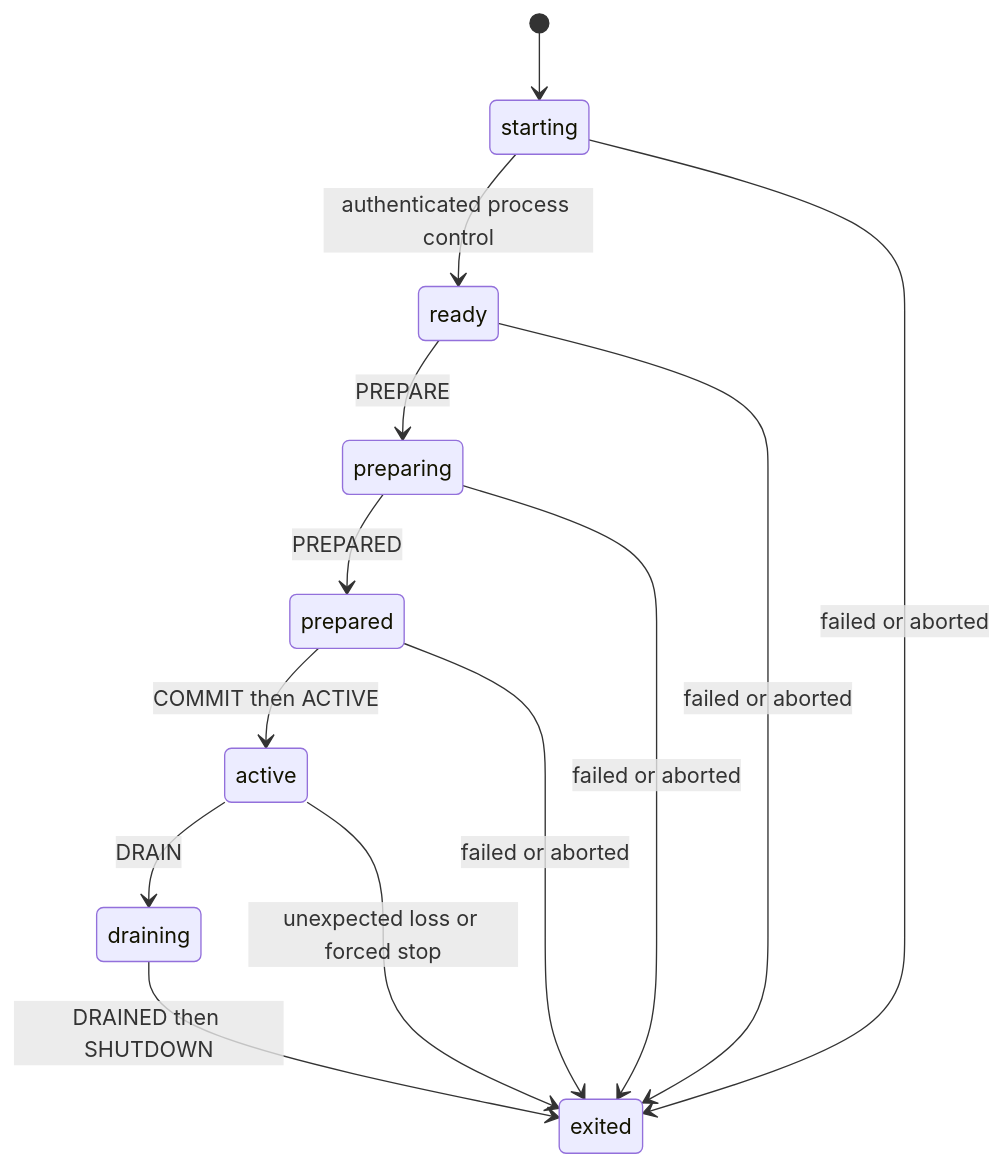
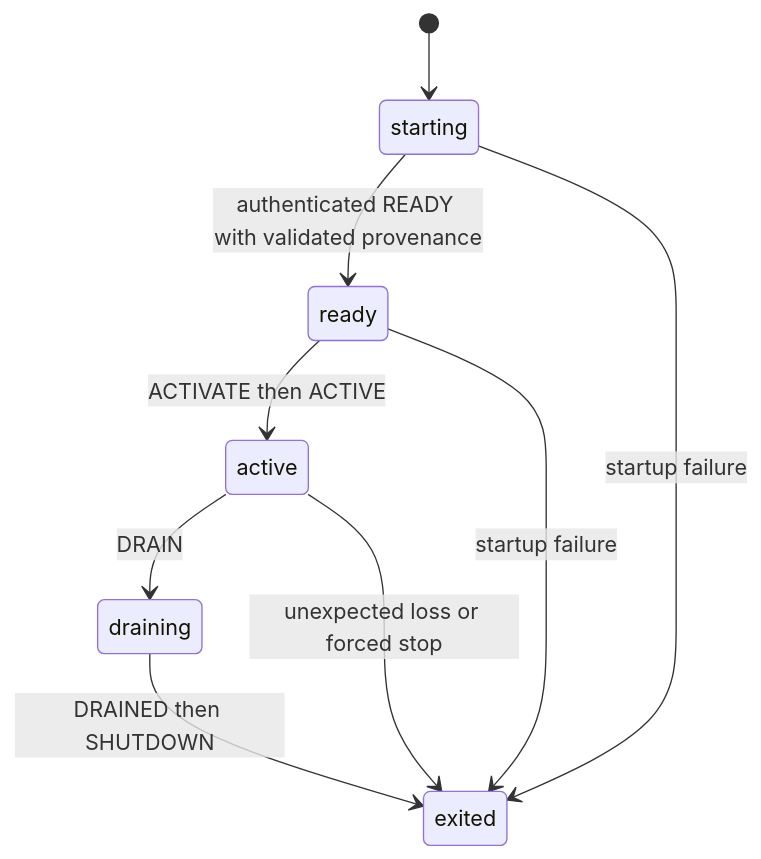
One commit to LTThreeComma/agent-foundation changed the second of 7 diagrams in spec/agent-ui/05-runtime-subagents-and-surfaces.md. Above: the diagram before and after it, drawn with Mermaid. The commit also changed other lines of this file and 46 other files, not shown here.

````diff
--- a/spec/agent-ui/05-runtime-subagents-and-surfaces.md
+++ b/spec/agent-ui/05-runtime-subagents-and-surfaces.md
@@ -105,15 +105,11 @@
 ```mermaid
 stateDiagram-v2
     [*] --> starting
-    starting --> ready: authenticated process control
-    ready --> preparing: PREPARE
-    preparing --> prepared: PREPARED
-    prepared --> active: COMMIT then ACTIVE
+    starting --> ready: authenticated READY with validated provenance
+    ready --> active: ACTIVATE then ACTIVE
     active --> draining: DRAIN
     draining --> exited: DRAINED then SHUTDOWN
-    starting --> exited: failed or aborted
-    ready --> exited: failed or aborted
-    preparing --> exited: failed or aborted
-    prepared --> exited: failed or aborted
+    starting --> exited: startup failure
+    ready --> exited: startup failure
     active --> exited: unexpected loss or forced stop
 ```
````
